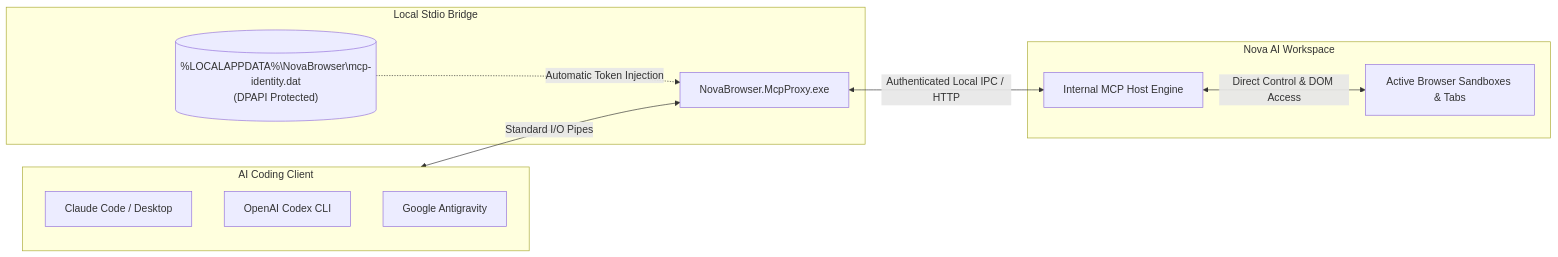
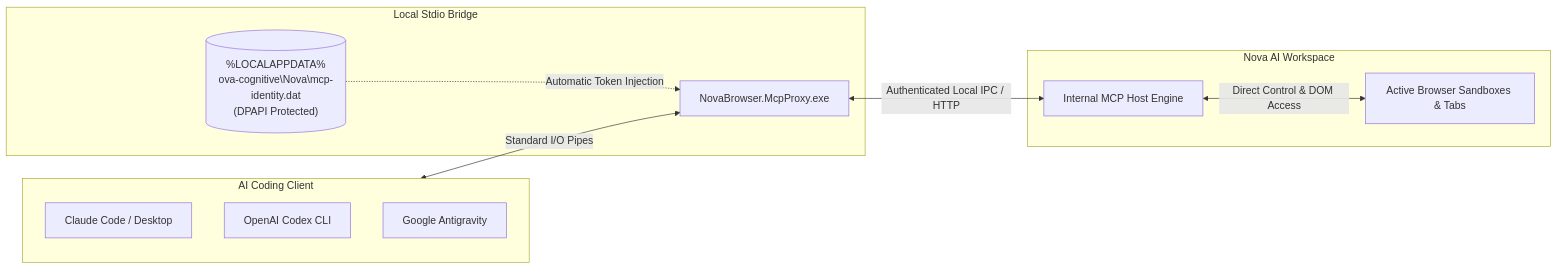
One commit to joelaniol/nova changed the diagram in docs/user-guide/agents/connecting-an-agent.md. Above: the diagram before and after it, drawn with Mermaid. The commit also changed other lines of this file and 92 other files, not shown here.

````diff
--- a/docs/user-guide/agents/connecting-an-agent.md
+++ b/docs/user-guide/agents/connecting-an-agent.md
@@ -14,23 +14,23 @@
 ```mermaid
 flowchart LR
     subgraph Client["AI Coding Client"]
         Claude["Claude Code / Desktop"]
         Codex["OpenAI Codex CLI"]
         Agy["Google Antigravity"]
     end
 
     subgraph Bridge["Local Stdio Bridge"]
         Proxy["NovaBrowser.McpProxy.exe"]
-        TokenStore[("%LOCALAPPDATA%\NovaBrowser\mcp-identity.dat<br>(DPAPI Protected)")]
+        TokenStore[("%LOCALAPPDATA%\nova-cognitive\Nova\mcp-identity.dat<br>(DPAPI Protected)")]
     end
 
     subgraph App["Nova AI Workspace"]
         Server["Internal MCP Host Engine"]
         Tabs["Active Browser Sandboxes & Tabs"]
     end
 
     Client <-->|Standard I/O Pipes| Proxy
     TokenStore -.->|Automatic Token Injection| Proxy
     Proxy <-->|Authenticated Local IPC / HTTP| Server
     Server <-->|Direct Control & DOM Access| Tabs
 ```
````
